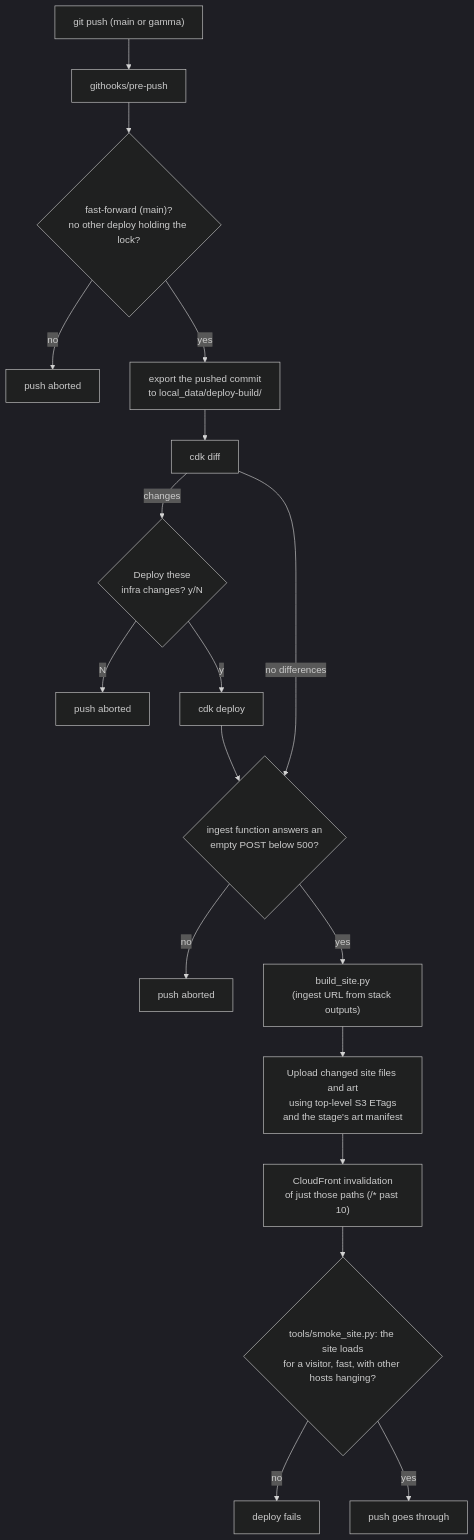
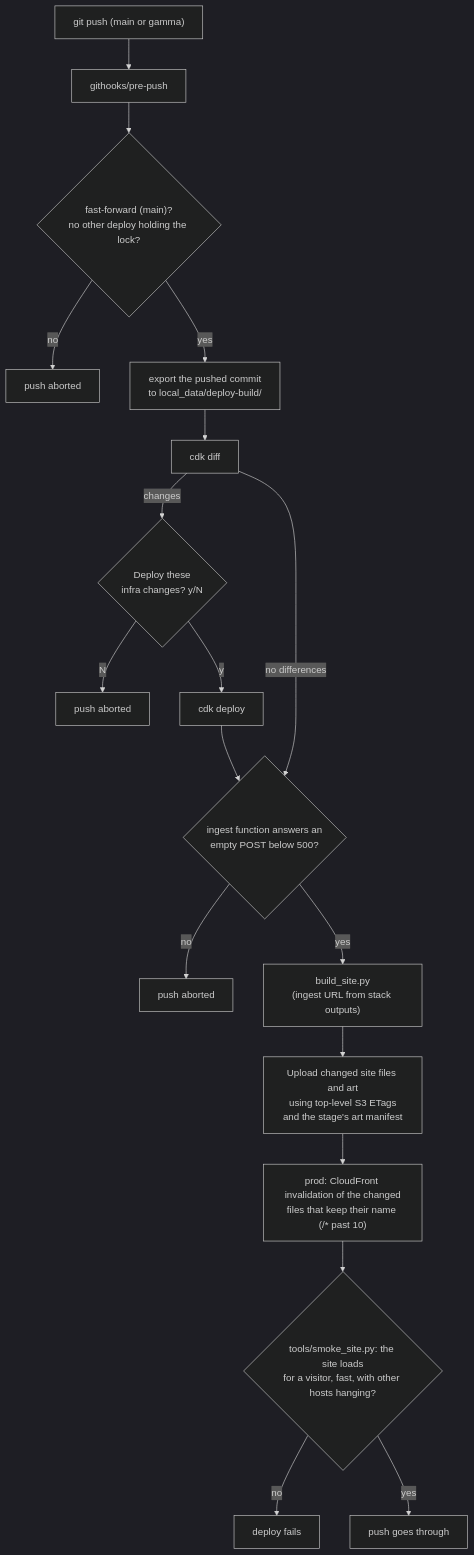
One commit to johnstonjesse329/slay-my-stats changed the fourth of 5 diagrams in README.md. Above: the diagram before and after it, drawn with Mermaid (dark theme). The commit also changed other lines of this file and 3 other files, not shown here.

First line of the commit message:
Stop CloudFront caching on gamma and skip needless invalidations

````diff
--- a/README.md
+++ b/README.md
@@ -648,18 +651,18 @@
 ```mermaid
 flowchart TB
     push["git push (main or gamma)"] --> hook["githooks/pre-push"]
     hook --> check{"fast-forward (main)?<br/>no other deploy holding the lock?"}
     check -- no --> abort["push aborted"]
     check -- yes --> export["export the pushed commit<br/>to local_data/deploy-build/"] --> diff["cdk diff"]
     diff -- "changes" --> ask{"Deploy these<br/>infra changes? y/N"}
     ask -- N --> abort2["push aborted"]
     ask -- y --> deploy["cdk deploy"] --> smoke
     diff -- "no differences" --> smoke
     smoke{"ingest function answers an<br/>empty POST below 500?"} -- no --> abort3["push aborted"]
     smoke -- yes --> build
     build["build_site.py<br/>(ingest URL from stack outputs)"] --> upload["Upload changed site files and art<br/>using top-level S3 ETags<br/>and the stage's art manifest"]
-    upload --> inval["CloudFront invalidation<br/>of just those paths (/* past 10)"]
+    upload --> inval["prod: CloudFront invalidation of the changed<br/>files that keep their name (/* past 10)"]
     inval --> visit{"tools/smoke_site.py: the site loads<br/>for a visitor, fast, with other hosts hanging?"}
     visit -- no --> abort4["deploy fails"]
     visit -- yes --> done["push goes through"]
 ```
````
